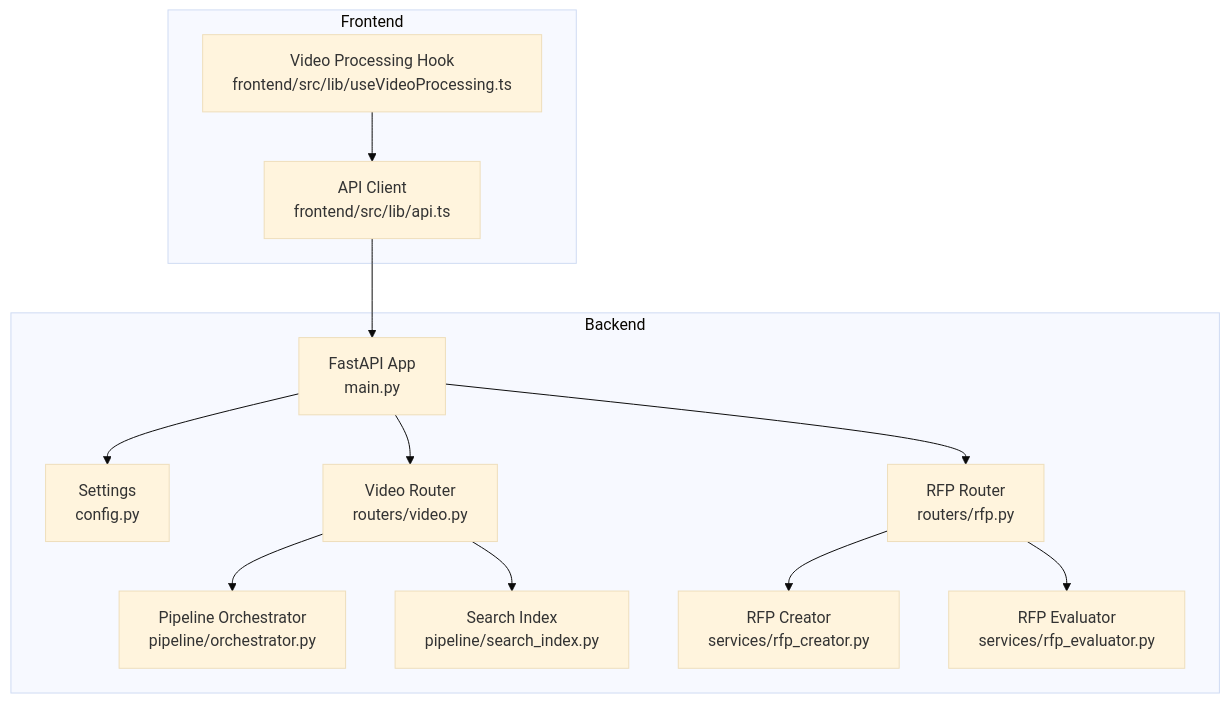
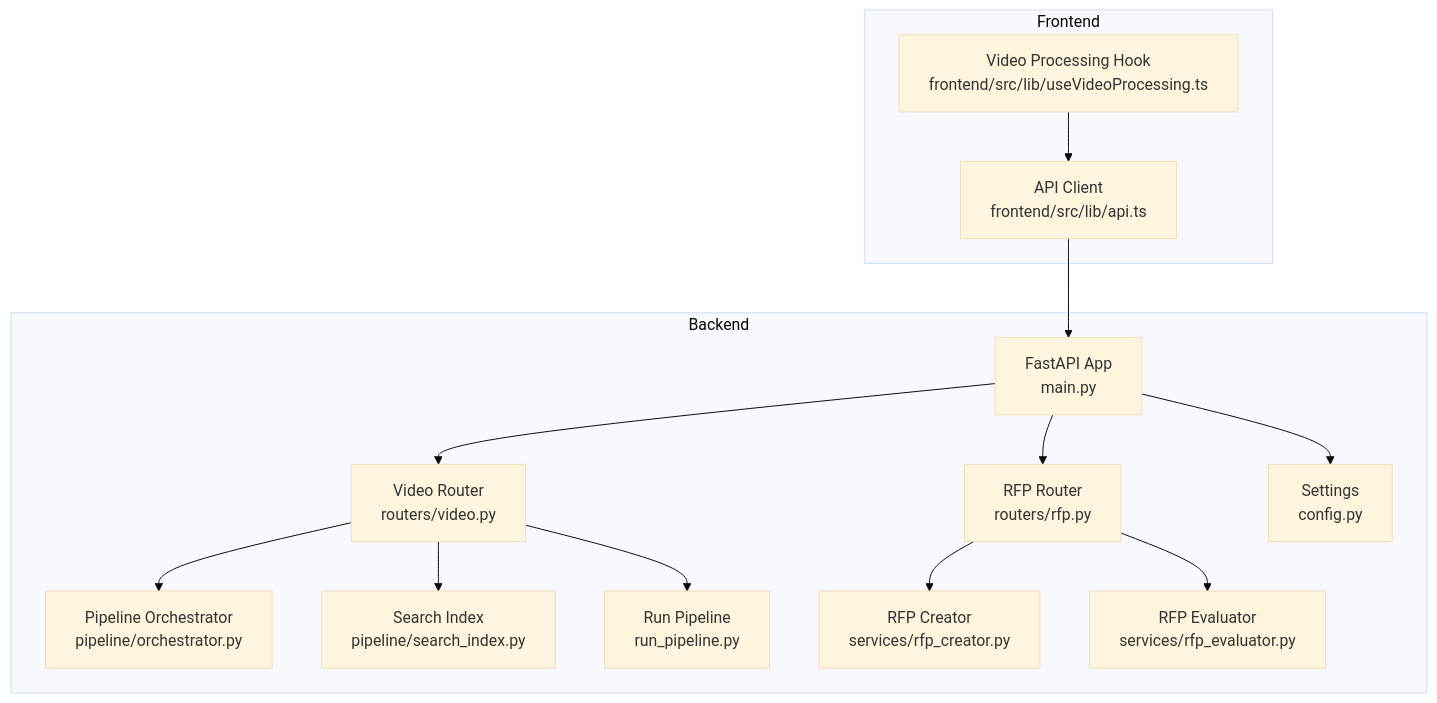
The first of 3 diagrams in .qoder/repowiki/en/content/Backend API Reference/Backend API Reference.md (alexandreybasta-cyber/dubai-media-ai), drawn with Mermaid (base theme) before and after one commit. The commit also changed other lines of this file and 20 other files, not shown here.

````diff
--- a/.qoder/repowiki/en/content/Backend API Reference/Backend API Reference.md
+++ b/.qoder/repowiki/en/content/Backend API Reference/Backend API Reference.md
@@ -45,26 +48,28 @@
 ```mermaid
 graph TB
 subgraph "Backend"
 M["FastAPI App<br/>main.py"]
 CFG["Settings<br/>config.py"]
 VR["Video Router<br/>routers/video.py"]
 RR["RFP Router<br/>routers/rfp.py"]
 ORCH["Pipeline Orchestrator<br/>pipeline/orchestrator.py"]
 SI["Search Index<br/>pipeline/search_index.py"]
 RFC["RFP Creator<br/>services/rfp_creator.py"]
 RFE["RFP Evaluator<br/>services/rfp_evaluator.py"]
+RP["Run Pipeline<br/>run_pipeline.py"]
 end
 subgraph "Frontend"
 FE["API Client<br/>frontend/src/lib/api.ts"]
 UEP["Video Processing Hook<br/>frontend/src/lib/useVideoProcessing.ts"]
 end
 M --> VR
 M --> RR
 M --> CFG
 VR --> ORCH
 VR --> SI
+VR --> RP
 RR --> RFC
 RR --> RFE
 FE --> M
 UEP --> FE
 ```
````
